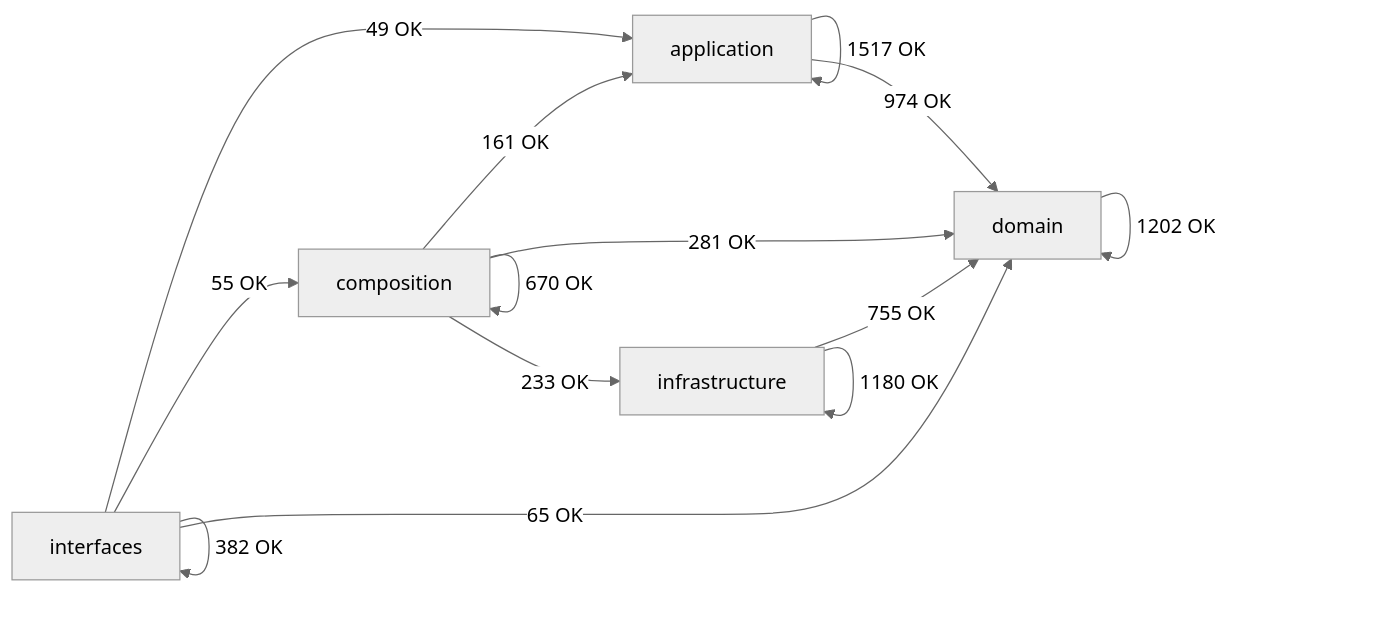
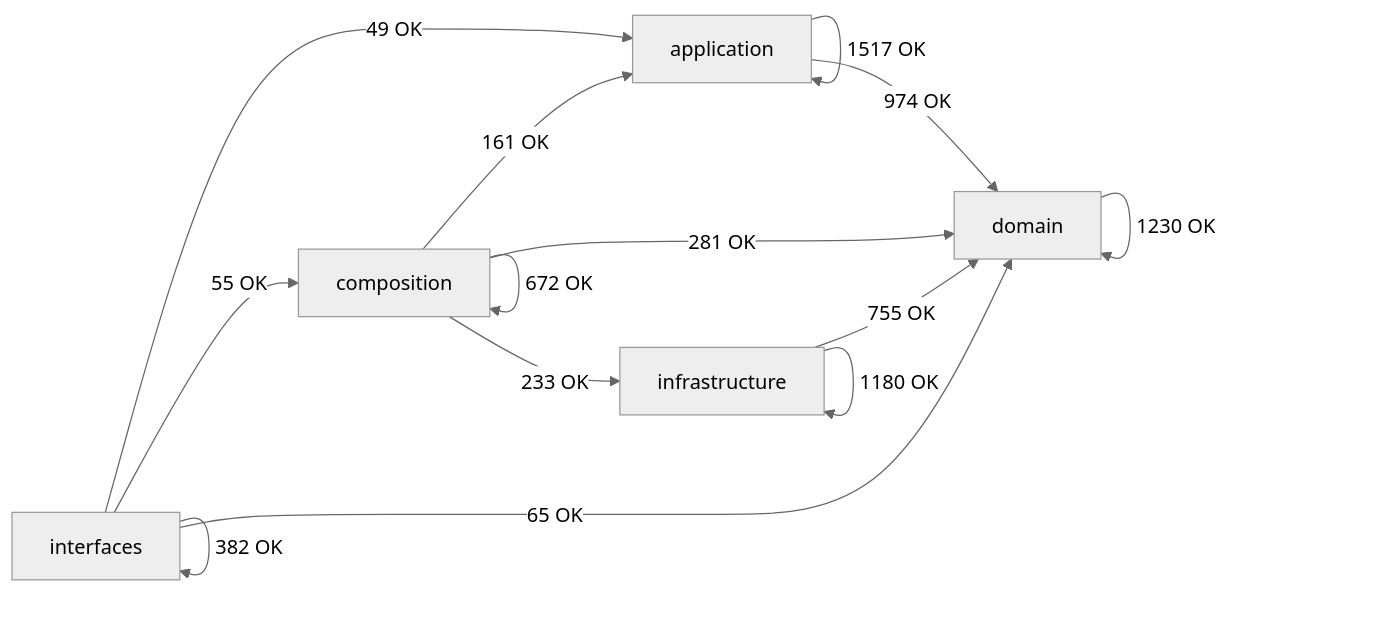
Before and after one commit to SatoryKono/BioactivityDataAcquisition: the diagram in docs/02-architecture/generated/module-dependency-map.md, drawn with Mermaid (neutral theme). The commit also changed other lines of this file and 2 other files, not shown here.

First line of the commit message:
chore(quality): rebind inventory and architecture map after 6h r3 fold

````diff
--- a/docs/02-architecture/generated/module-dependency-map.md
+++ b/docs/02-architecture/generated/module-dependency-map.md
@@ -17,21 +17,21 @@
 ```mermaid
 flowchart LR
     domain[domain]
     application[application]
     infrastructure[infrastructure]
     composition[composition]
     interfaces[interfaces]
     application -->|1517 OK| application
     application -->|974 OK| domain
     composition -->|161 OK| application
-    composition -->|670 OK| composition
+    composition -->|672 OK| composition
     composition -->|281 OK| domain
     composition -->|233 OK| infrastructure
-    domain -->|1202 OK| domain
+    domain -->|1230 OK| domain
     infrastructure -->|755 OK| domain
     infrastructure -->|1180 OK| infrastructure
     interfaces -->|49 OK| application
     interfaces -->|55 OK| composition
     interfaces -->|65 OK| domain
     interfaces -->|382 OK| interfaces
 ```
````
